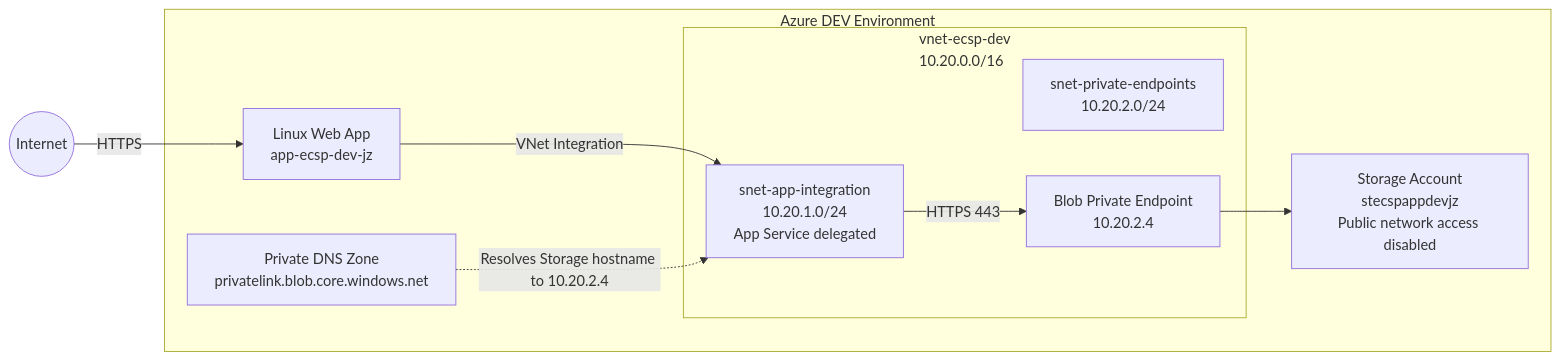
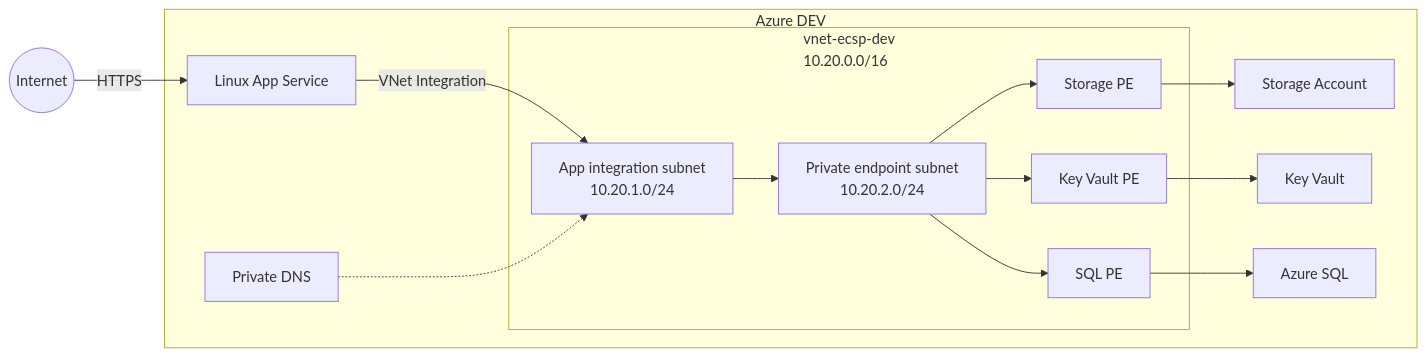
The diagram in docs/network-architecture.md (jakubzietek/enterprise-azure-security-platform), drawn with Mermaid before and after one commit. The commit also changed other lines of this file and 19 other files, not shown here.

````diff
--- a/docs/network-architecture.md
+++ b/docs/network-architecture.md
@@ -9,23 +7,38 @@
 ```mermaid
 flowchart LR
     Internet((Internet))
 
-    subgraph Azure["Azure DEV Environment"]
-        App["Linux Web App<br/>app-ecsp-dev-jz"]
+    subgraph Azure["Azure DEV"]
+        App["Linux App Service"]
 
         subgraph VNet["vnet-ecsp-dev<br/>10.20.0.0/16"]
-            AppSubnet["snet-app-integration<br/>10.20.1.0/24<br/>App Service delegated"]
-            PESubnet["snet-private-endpoints<br/>10.20.2.0/24"]
-            PE["Blob Private Endpoint<br/>10.20.2.4"]
+            AppSubnet["App integration subnet<br/>10.20.1.0/24"]
+            PESubnet["Private endpoint subnet<br/>10.20.2.0/24"]
+
+            PEStorage["Storage PE"]
+            PEKV["Key Vault PE"]
+            PESQL["SQL PE"]
         end
 
-        DNS["Private DNS Zone<br/>privatelink.blob.core.windows.net"]
-        Storage["Storage Account<br/>stecspappdevjz<br/>Public network access disabled"]
+        Storage["Storage Account"]
+        KV["Key Vault"]
+        SQL["Azure SQL"]
+
+        DNS["Private DNS"]
     end
 
     Internet -->|HTTPS| App
+
     App -->|VNet Integration| AppSubnet
-    AppSubnet -->|HTTPS 443| PE
-    PE --> Storage
-    DNS -.->|Resolves Storage hostname to 10.20.2.4| AppSubnet
+    AppSubnet --> PESubnet
+
+    PESubnet --> PEStorage
+    PESubnet --> PEKV
+    PESubnet --> PESQL
+
+    PEStorage --> Storage
+    PEKV --> KV
+    PESQL --> SQL
+
+    DNS -.-> AppSubnet
 ```
````
